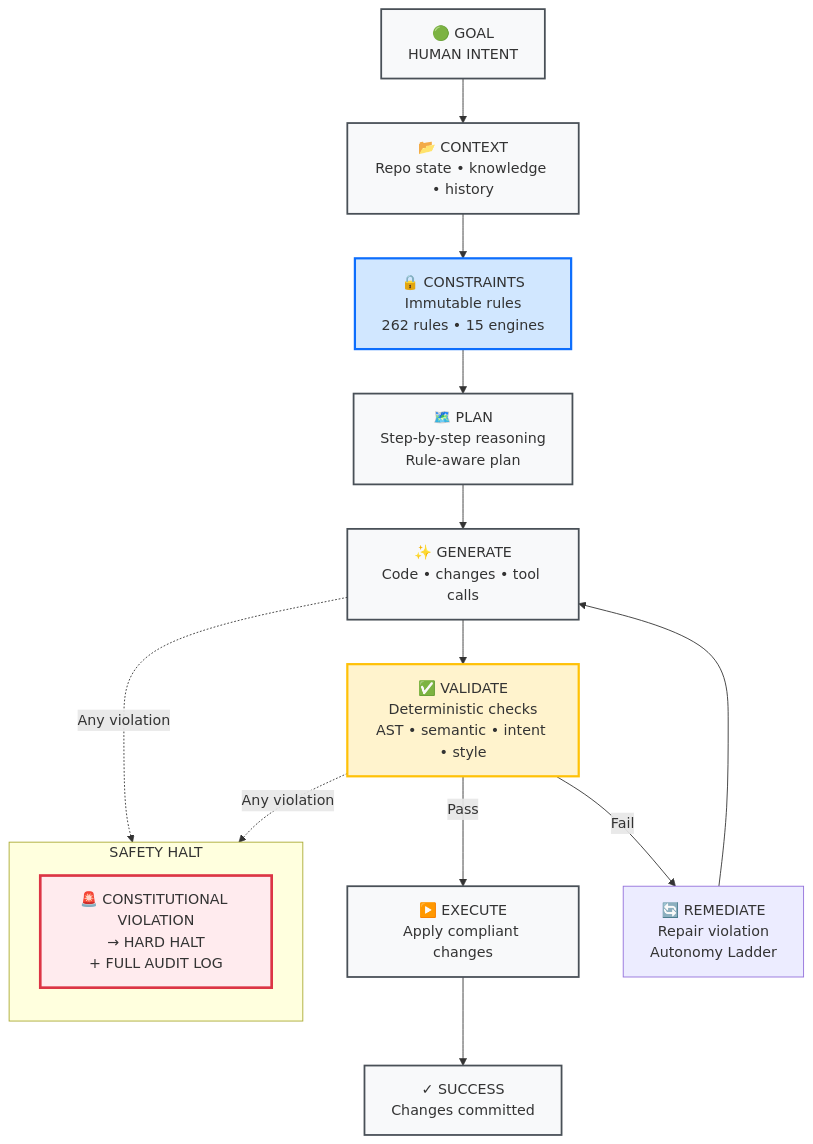
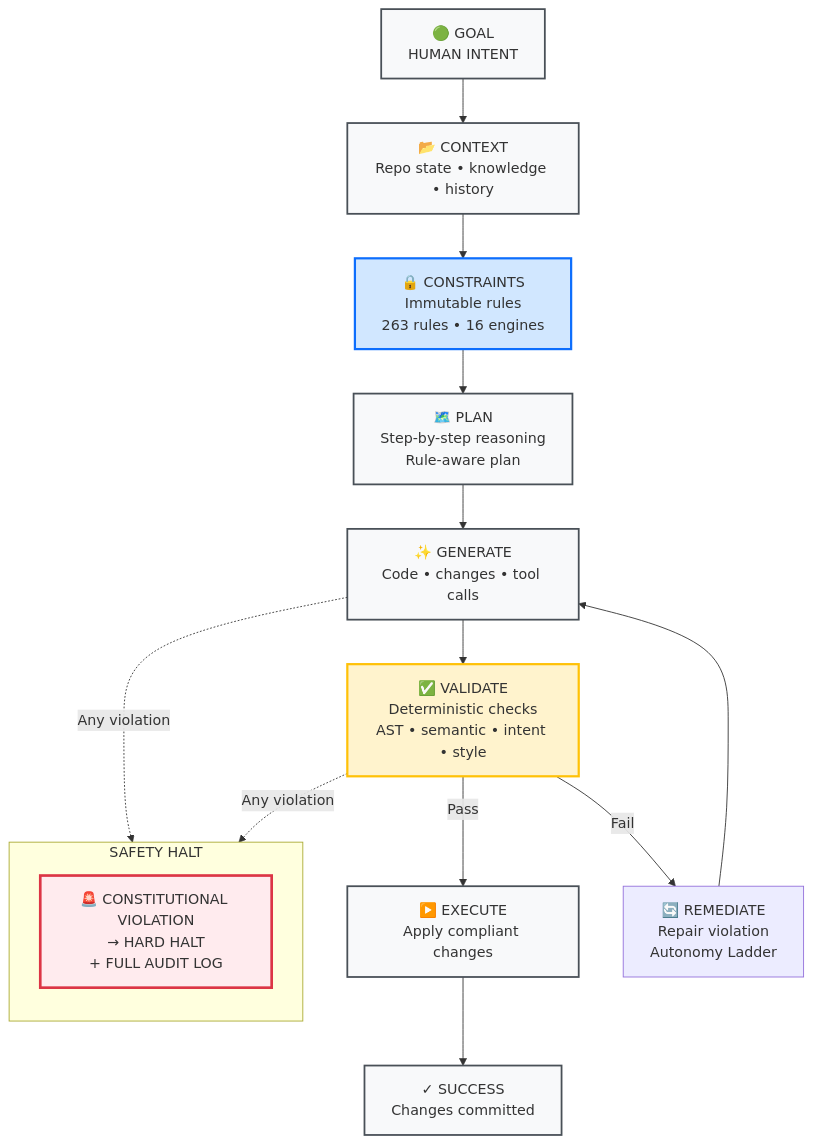
The diagram in README.md (DariuszNewecki/CORE), drawn with Mermaid before and after one commit. The commit also changed other lines of this file and 14 other files, not shown here.

````diff
--- a/README.md
+++ b/README.md
@@ -178,30 +178,30 @@
 ```mermaid
 flowchart TD
     A["🟢 GOAL\nHUMAN INTENT"] --> B["📂 CONTEXT\nRepo state • knowledge • history"]
-    B --> C["🔒 CONSTRAINTS\nImmutable rules\n262 rules • 15 engines"]
+    B --> C["🔒 CONSTRAINTS\nImmutable rules\n263 rules • 16 engines"]
     C --> D["🗺️ PLAN\nStep-by-step reasoning\nRule-aware plan"]
     D --> E["✨ GENERATE\nCode • changes • tool calls"]
     E --> F["✅ VALIDATE\nDeterministic checks\nAST • semantic • intent • style"]
     F -->|Pass| G["▶️ EXECUTE\nApply compliant changes"]
     F -->|Fail| H["🔄 REMEDIATE\nRepair violation\nAutonomy Ladder"]
     H --> E
     G --> I["✓ SUCCESS\nChanges committed"]
 
     subgraph "SAFETY HALT"
         direction TB
         J["🚨 CONSTITUTIONAL VIOLATION\n→ HARD HALT\n+ FULL AUDIT LOG"]
     end
 
     E -.->|Any violation| J
     F -.->|Any violation| J
 
     classDef phase      fill:#f8f9fa,stroke:#495057,stroke-width:2px
     classDef constraint fill:#d1e7ff,stroke:#0d6efd,stroke-width:2.5px
     classDef validate   fill:#fff3cd,stroke:#ffc107,stroke-width:2.5px
     classDef halt       fill:#ffebee,stroke:#dc3545,stroke-width:3px
 
     class A,B,D,E,G,I phase
     class C constraint
     class F validate
     class J halt
 ```
````
